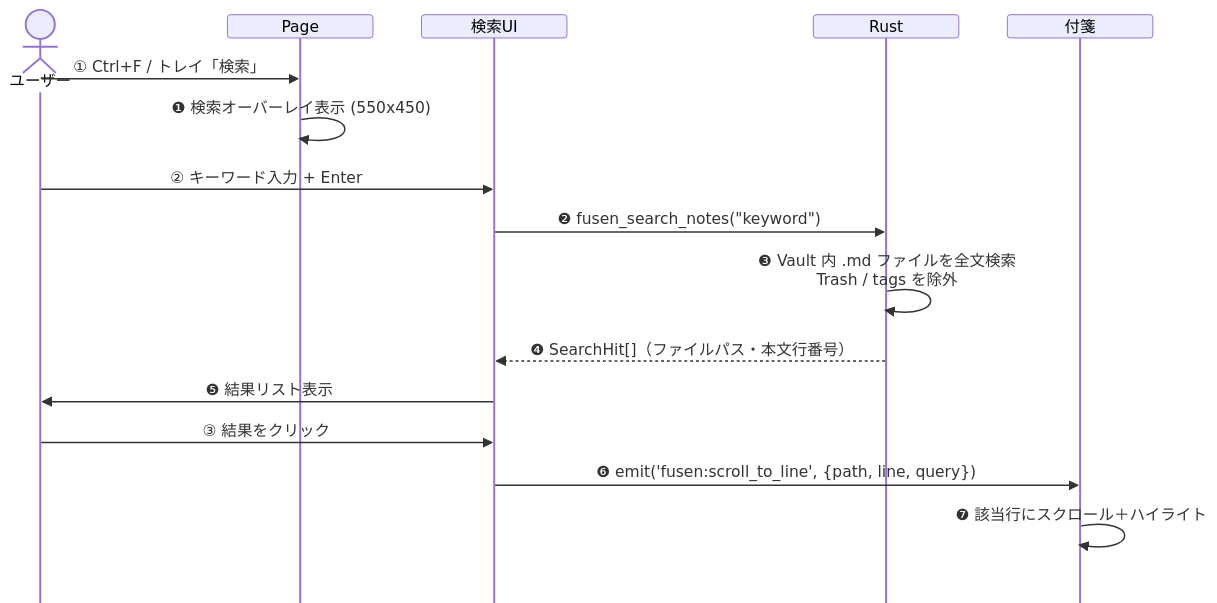
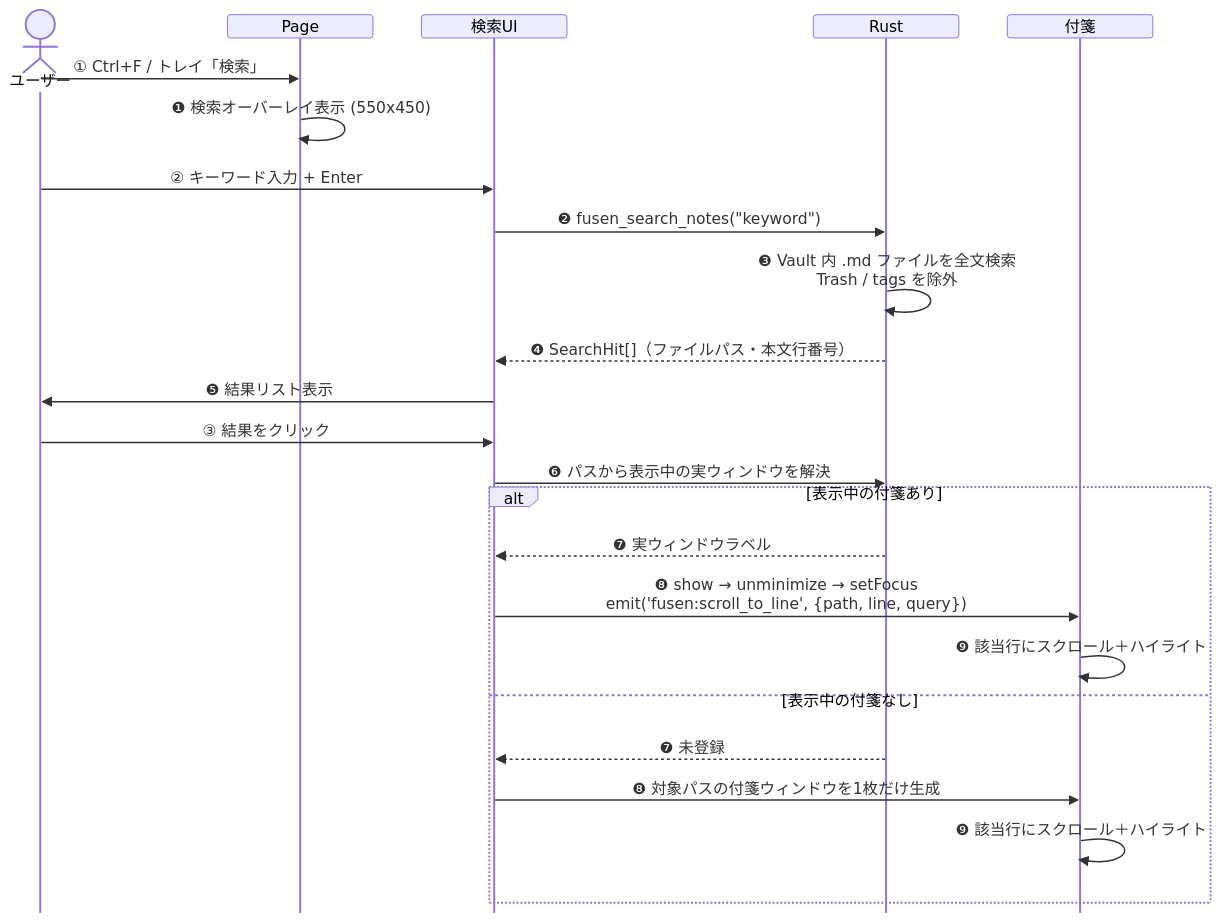
The eighth of 16 diagrams in docs-v2/002_PC.md (ore-no-fusen/ore-no-fusen), drawn with Mermaid before and after one commit. The commit also changed other lines of this file and 7 other files, not shown here.

````diff
--- a/docs-v2/002_PC.md
+++ b/docs-v2/002_PC.md
@@ -553,20 +553,28 @@
 ```mermaid
 %%{init: {'sequence': {'messageMargin': 8, 'mirrorActors': false, 'height': 24, 'boxMargin': 4, 'noteMargin': 6}}}%%
 sequenceDiagram
     actor U as ユーザー
     participant P as Page
     participant S as 検索UI
     participant R as Rust
     participant W as 付箋
 
     U->>P: ① Ctrl+F / トレイ「検索」
     P->>P: ❶ 検索オーバーレイ表示 (550x450)
     U->>S: ② キーワード入力 + Enter
     S->>R: ❷ fusen_search_notes("keyword")
     R->>R: ❸ Vault 内 .md ファイルを全文検索<br>Trash / tags を除外
     R-->>S: ❹ SearchHit[]（ファイルパス・本文行番号）
     S->>U: ❺ 結果リスト表示
     U->>S: ③ 結果をクリック
-    S->>W: ❻ emit('fusen:scroll_to_line', {path, line, query})
-    W->>W: ❼ 該当行にスクロール＋ハイライト
+    S->>R: ❻ パスから表示中の実ウィンドウを解決
+    alt 表示中の付箋あり
+        R-->>S: ❼ 実ウィンドウラベル
+        S->>W: ❽ show → unminimize → setFocus<br>emit('fusen:scroll_to_line', {path, line, query})
+        W->>W: ❾ 該当行にスクロール＋ハイライト
+    else 表示中の付箋なし
+        R-->>S: ❼ 未登録
+        S->>W: ❽ 対象パスの付箋ウィンドウを1枚だけ生成
+        W->>W: ❾ 該当行にスクロール＋ハイライト
+    end
 ```
````
